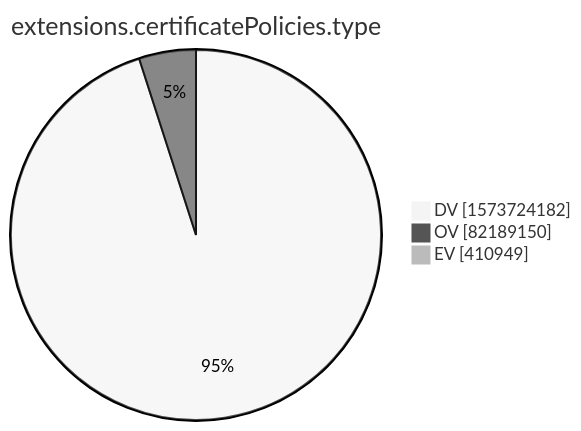
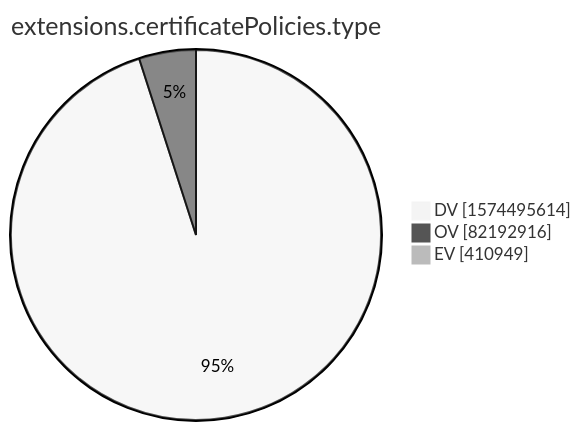
One commit to christiankrug/ctmonitor_visualization changed the tenth of 15 diagrams in xenon2022/README.md. Above: the diagram before and after it, drawn with Mermaid (neutral theme). The commit also changed other lines of this file, not shown here.

````diff
--- a/xenon2022/README.md
+++ b/xenon2022/README.md
@@ -2876,7 +2876,7 @@
 ```mermaid
 pie showData
 title extensions.certificatePolicies.type
-"DV" :1573724182
-"OV" :82189150
+"DV" :1574495614
+"OV" :82192916
 "EV" :410949
 ```
````
